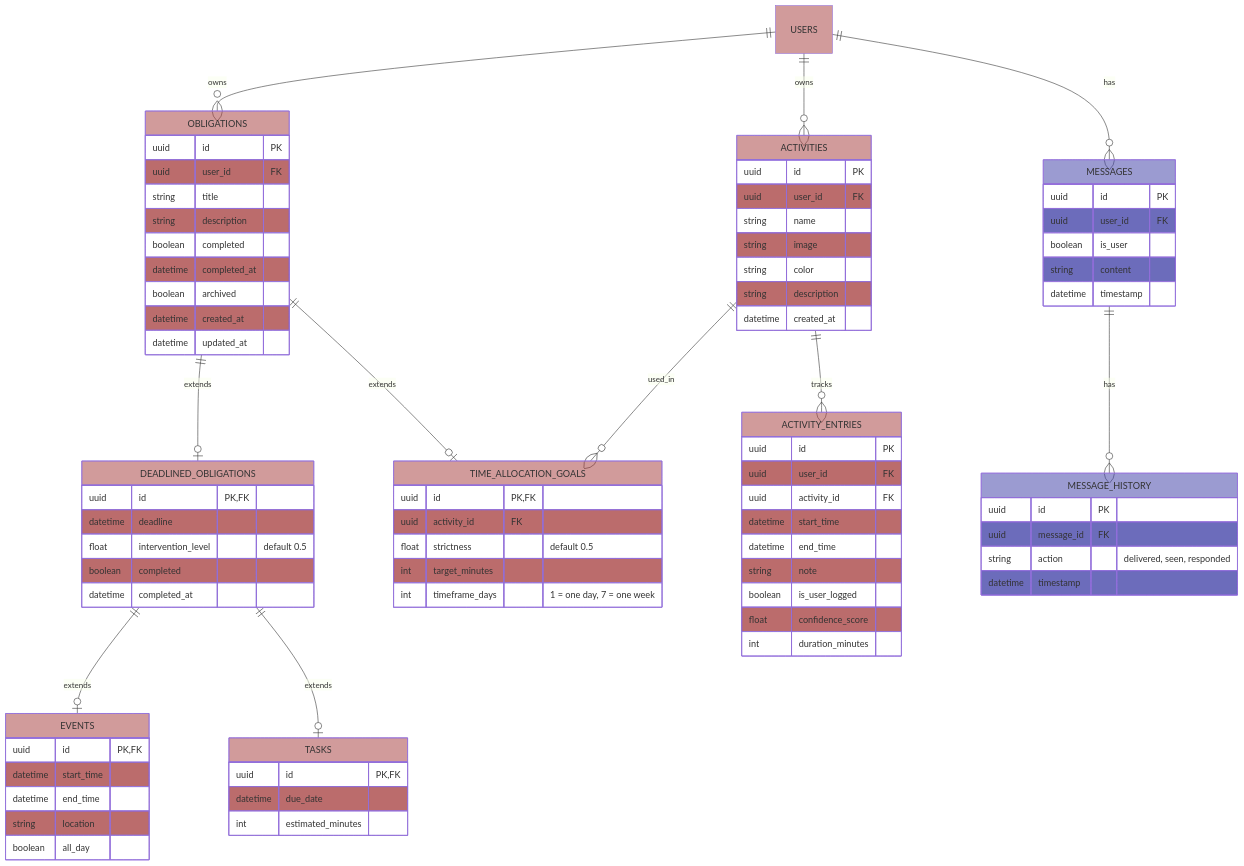
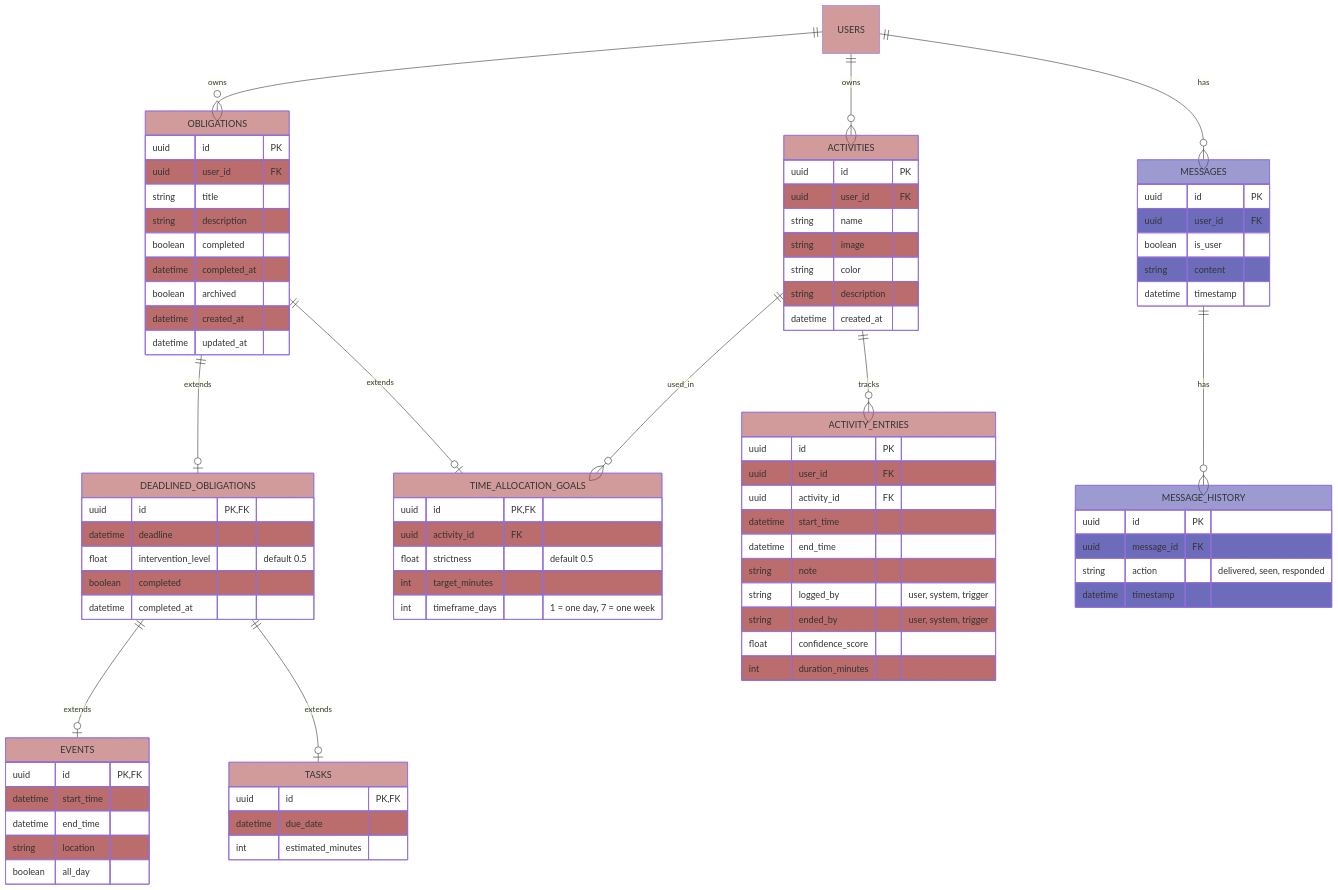
Before and after one commit to hadiahmad06/jiko: the second of 4 diagrams in backend/docs/erdiagram.md, drawn with Mermaid. The commit also changed 8 other files, not shown here.

```diff
--- a/backend/docs/erdiagram.md
+++ b/backend/docs/erdiagram.md
@@ -103,7 +103,8 @@
         datetime start_time
         datetime end_time
         string note
-        boolean is_user_logged
+        string logged_by "user, system, trigger"
+        string ended_by "user, system, trigger"
         float confidence_score
         int duration_minutes
     }
```
